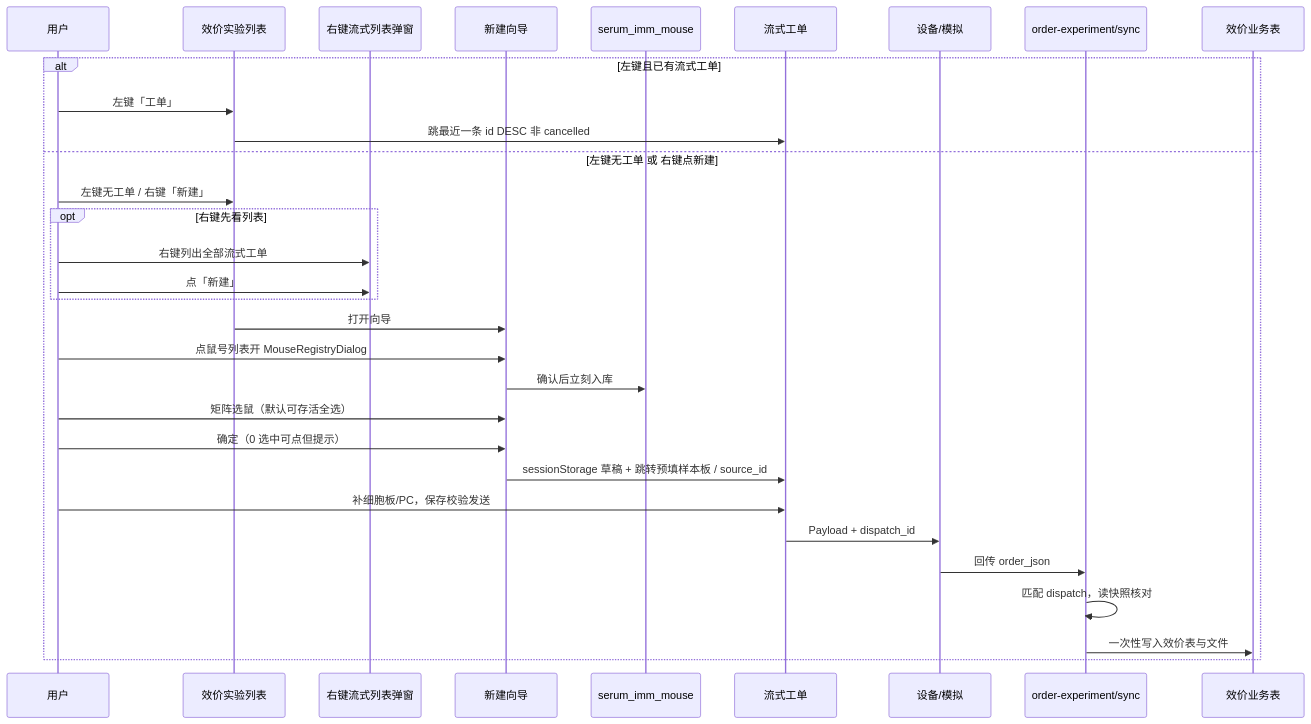
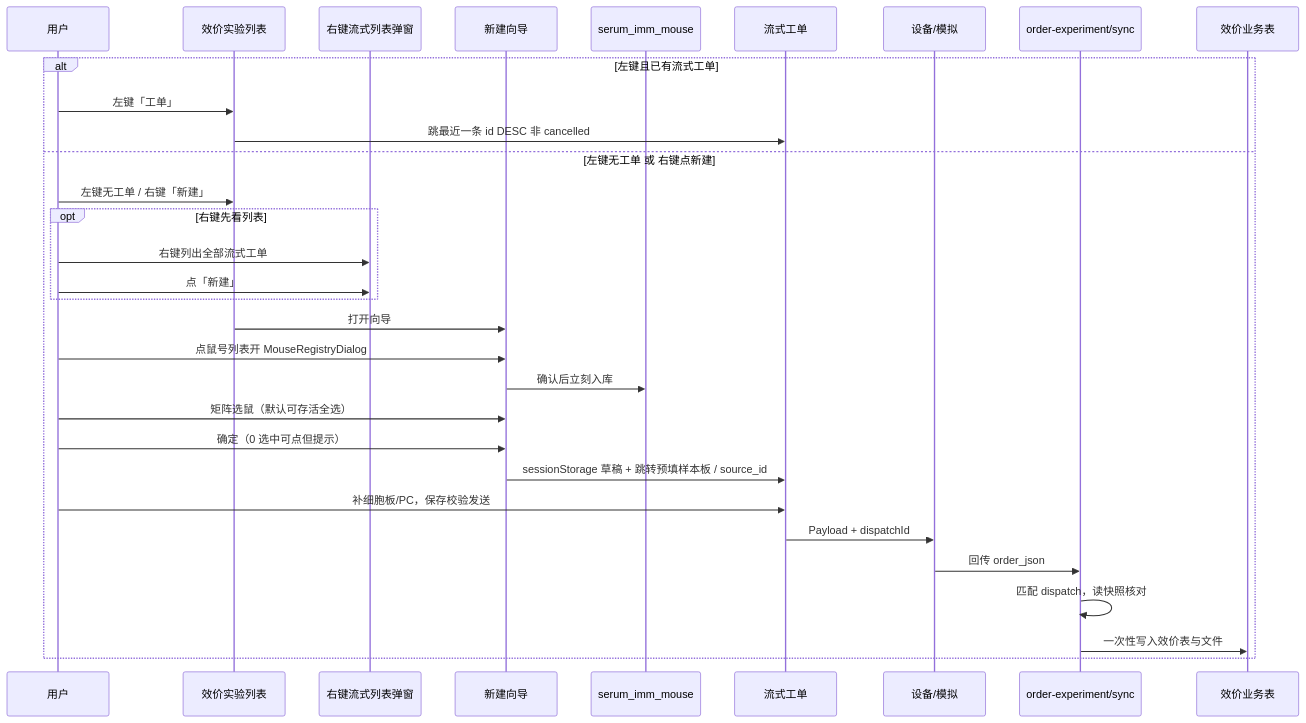
The diagram in docs/temp_text/mega-automation-titer-upstream-flow.md (TianBa-SCP035/Antibody_Forge), drawn with Mermaid before and after one commit. The commit also changed other lines of this file and 19 other files, not shown here.

````diff
--- a/docs/temp_text/mega-automation-titer-upstream-flow.md
+++ b/docs/temp_text/mega-automation-titer-upstream-flow.md
@@ -402,34 +402,34 @@
 ```mermaid
 sequenceDiagram
   participant U as 用户
   participant TL as 效价实验列表
   participant L as 右键流式列表弹窗
   participant W as 新建向导
   participant Imm as serum_imm_mouse
   participant FW as 流式工单
   participant D as 设备/模拟
   participant API as order-experiment/sync
   participant ST as 效价业务表
 
   alt 左键且已有流式工单
     U->>TL: 左键「工单」
     TL->>FW: 跳最近一条 id DESC 非 cancelled
   else 左键无工单 或 右键点新建
     U->>TL: 左键无工单 / 右键「新建」
     opt 右键先看列表
       U->>L: 右键列出全部流式工单
       U->>L: 点「新建」
     end
     TL->>W: 打开向导
     U->>W: 点鼠号列表开 MouseRegistryDialog
     W->>Imm: 确认后立刻入库
     U->>W: 矩阵选鼠（默认可存活全选）
     U->>W: 确定（0 选中可点但提示）
     W->>FW: sessionStorage 草稿 + 跳转预填样本板 / source_id
     U->>FW: 补细胞板/PC，保存校验发送
-    FW->>D: Payload + dispatch_id
+    FW->>D: Payload + dispatchId
     D->>API: 回传 order_json
     API->>API: 匹配 dispatch，读快照核对
     API->>ST: 一次性写入效价表与文件
   end
 ```
````
